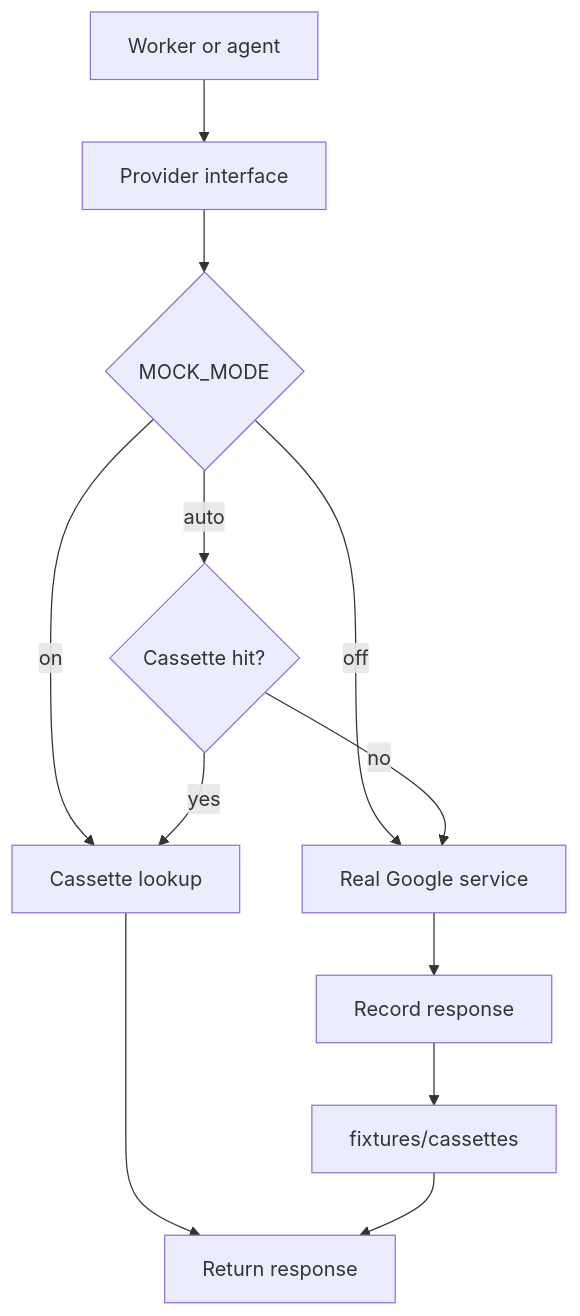
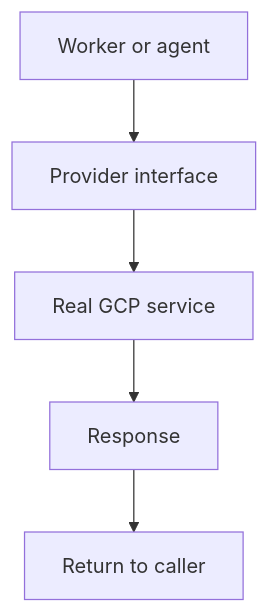
Diagram 16 of 17 in docs/technical-design/diagrams.md (Saad-Surve/aibuildercup), drawn with Mermaid before and after one commit. The commit also changed other lines of this file and 53 other files, not shown here.

```diff
--- a/docs/technical-design/diagrams.md
+++ b/docs/technical-design/diagrams.md
@@ -357,14 +357,7 @@
 ~~~mermaid
 flowchart TD
     A[Worker or agent] --> B[Provider interface]
-    B --> C{MOCK_MODE}
-    C -->|off| D[Real Google service]
-    C -->|on| E[Cassette lookup]
-    C -->|auto| F{Cassette hit?}
-    F -->|yes| E
-    F -->|no| D
-    D --> G[Record response]
-    G --> H[fixtures/cassettes]
-    E --> I[Return response]
-    H --> I
+    B --> C[Real GCP service]
+    C --> D[Response]
+    D --> E[Return to caller]
 ~~~
```
